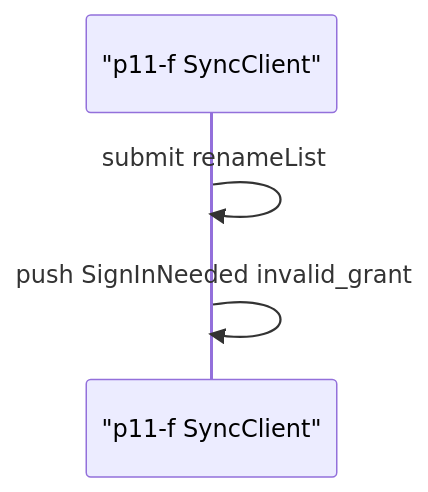
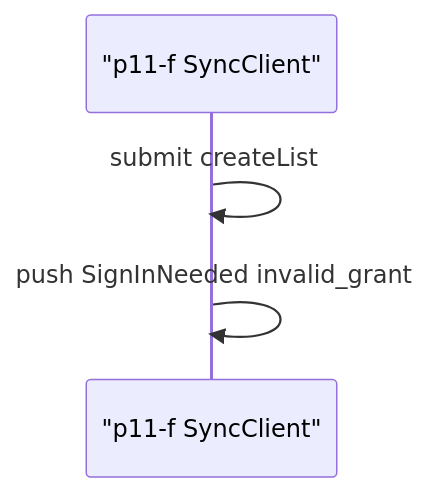
Before and after one commit to pietgk/viviefs: diagram 11 of 13 in docs/evidence/2026-09-28-p11.md, drawn with Mermaid. The commit also changed other lines of this file and 131 other files, not shown here.

````diff
--- a/docs/evidence/2026-09-28-p11.md
+++ b/docs/evidence/2026-09-28-p11.md
@@ -241,6 +241,6 @@
 ```mermaid
 sequenceDiagram
   participant p11_f_SyncClient as "p11-f SyncClient"
-  p11_f_SyncClient->>p11_f_SyncClient: submit renameList
+  p11_f_SyncClient->>p11_f_SyncClient: submit createList
   p11_f_SyncClient->>p11_f_SyncClient: push SignInNeeded invalid_grant
 ```
````
